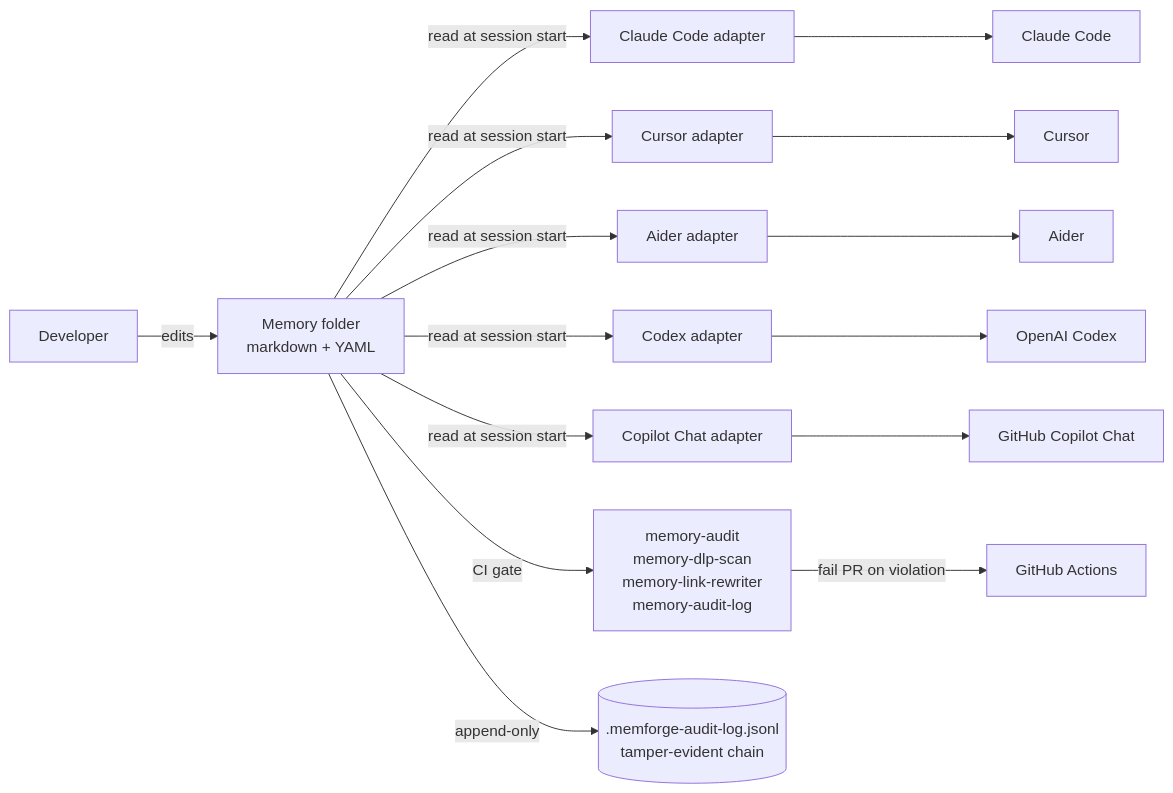
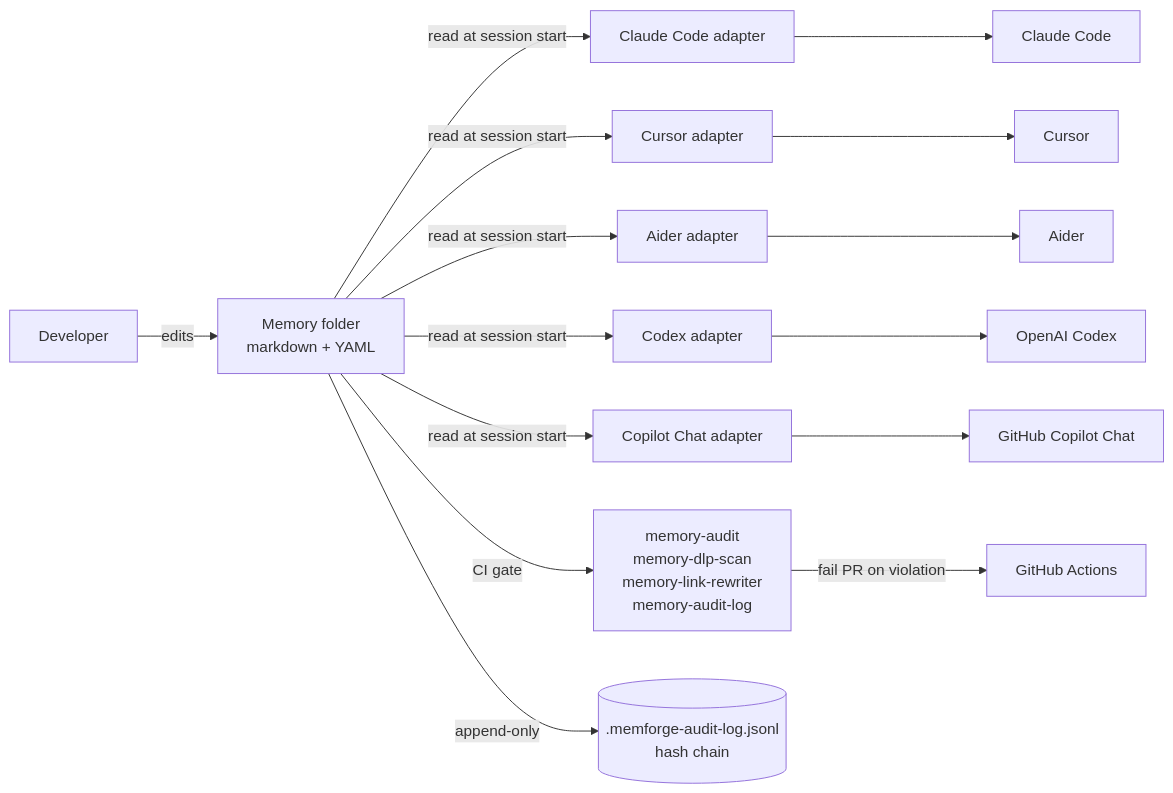
One commit to ildan-ai/memforge changed the diagram in README.md. Above: the diagram before and after it, drawn with Mermaid. The commit also changed other lines of this file and 221 other files, not shown here.

````diff
--- a/README.md
+++ b/README.md
@@ -168,17 +180,17 @@
 ```mermaid
 flowchart LR
     Dev[Developer] -->|edits| Folder[Memory folder<br/>markdown + YAML]
     Folder -->|read at session start| AdapterCC[Claude Code adapter]
     Folder -->|read at session start| AdapterCursor[Cursor adapter]
     Folder -->|read at session start| AdapterAider[Aider adapter]
     Folder -->|read at session start| AdapterCodex[Codex adapter]
     Folder -->|read at session start| AdapterCopilot[Copilot Chat adapter]
     AdapterCC --> Agent1[Claude Code]
     AdapterCursor --> Agent2[Cursor]
     AdapterAider --> Agent3[Aider]
     AdapterCodex --> Agent4[OpenAI Codex]
     AdapterCopilot --> Agent5[GitHub Copilot Chat]
     Folder -->|CI gate| Tools[memory-audit<br/>memory-dlp-scan<br/>memory-link-rewriter<br/>memory-audit-log]
     Tools -->|fail PR on violation| GH[GitHub Actions]
-    Folder -->|append-only| ChainLog[(.memforge-audit-log.jsonl<br/>tamper-evident chain)]
+    Folder -->|append-only| ChainLog[(.memforge-audit-log.jsonl<br/>hash chain)]
 ```
````
